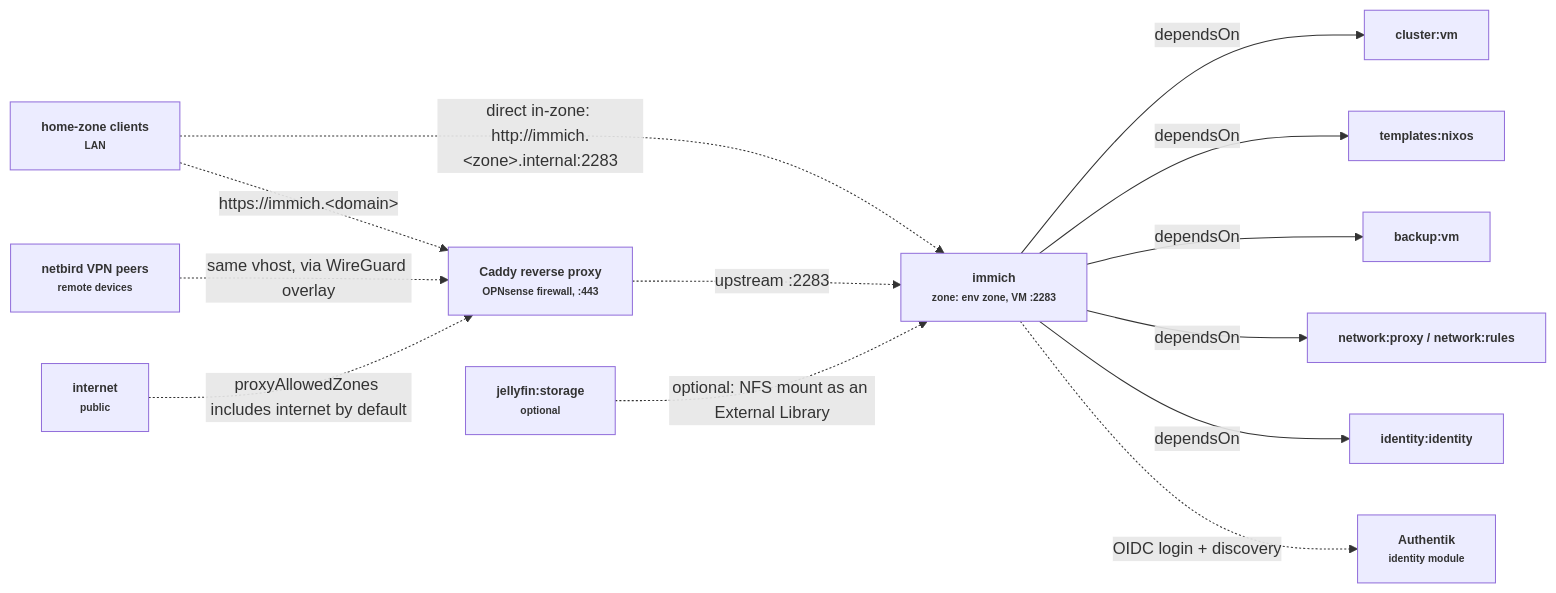
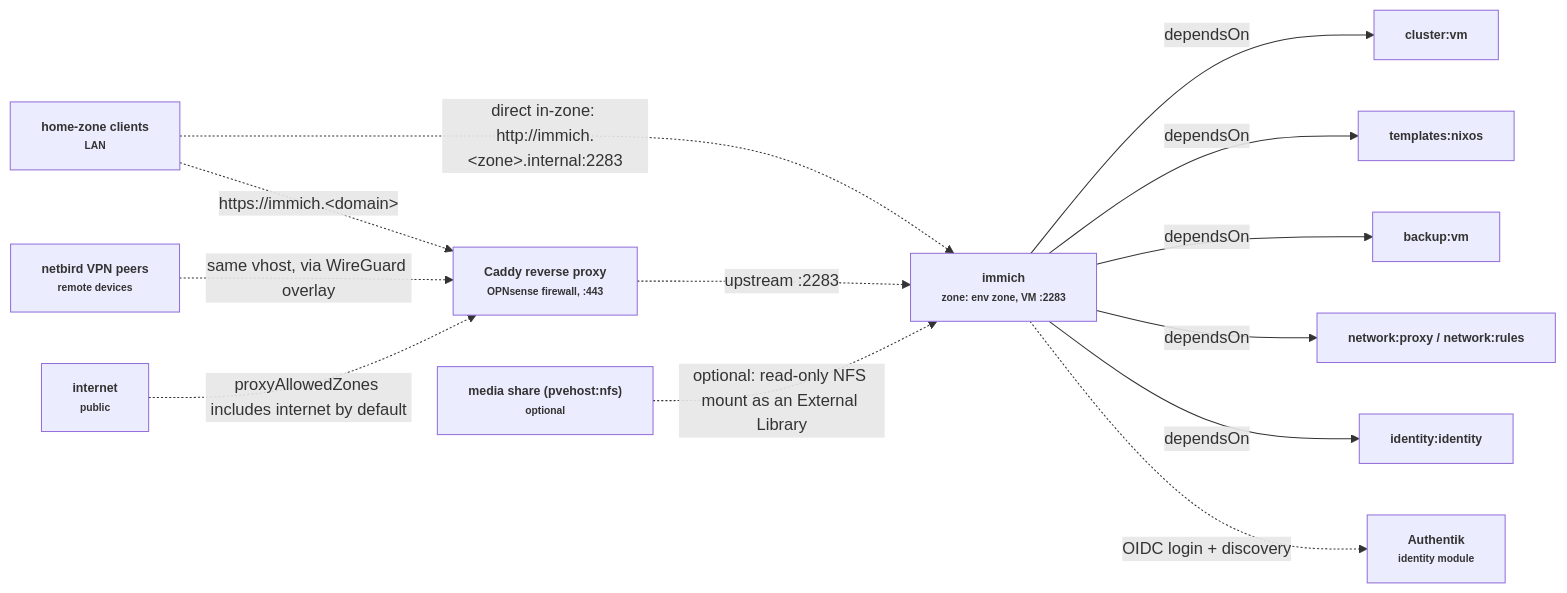
One commit to TAPPaaS/TAPPaaS changed the second of 2 diagrams in src/home/immich/README.md. Above: the diagram before and after it, drawn with Mermaid. The commit also changed other lines of this file and 15 other files, not shown here.

First line of the commit message:
feat(jellyfin): media on a pvehost:nfs share; drop its two services

````diff
--- a/src/home/immich/README.md
+++ b/src/home/immich/README.md
@@ -180,32 +180,32 @@
 ```mermaid
 graph LR
     classDef default font-size:12px,font-weight:bold;
 
     immich["immich<br/><small>zone: env zone, VM :2283</small>"]
     cluster["cluster:vm"]
     templates["templates:nixos"]
     backup["backup:vm"]
     netproxy["network:proxy / network:rules"]
     identity["identity:identity"]
     caddy["Caddy reverse proxy<br/><small>OPNsense firewall, :443</small>"]
     homeclients["home-zone clients<br/><small>LAN</small>"]
     vpnpeers["netbird VPN peers<br/><small>remote devices</small>"]
     internet["internet<br/><small>public</small>"]
     authentik["Authentik<br/><small>identity module</small>"]
-    jellyfinlib["jellyfin:storage<br/><small>optional</small>"]
+    jellyfinlib["media share (pvehost:nfs)<br/><small>optional</small>"]
 
     immich -->|dependsOn| cluster
     immich -->|dependsOn| templates
     immich -->|dependsOn| backup
     immich -->|dependsOn| netproxy
     immich -->|dependsOn| identity
 
     homeclients -.->|"https://immich.&lt;domain&gt;"| caddy
     homeclients -.->|"direct in-zone: http://immich.&lt;zone&gt;.internal:2283"| immich
     vpnpeers -.->|"same vhost, via WireGuard overlay"| caddy
     internet -.->|"proxyAllowedZones includes internet by default"| caddy
     caddy -.->|"upstream :2283"| immich
 
     immich -.->|"OIDC login + discovery"| authentik
-    jellyfinlib -.->|"optional: NFS mount as an External Library"| immich
+    jellyfinlib -.->|"optional: read-only NFS mount as an External Library"| immich
 ```
````
